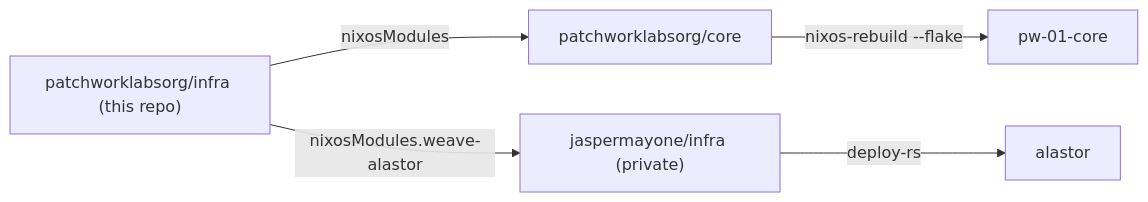
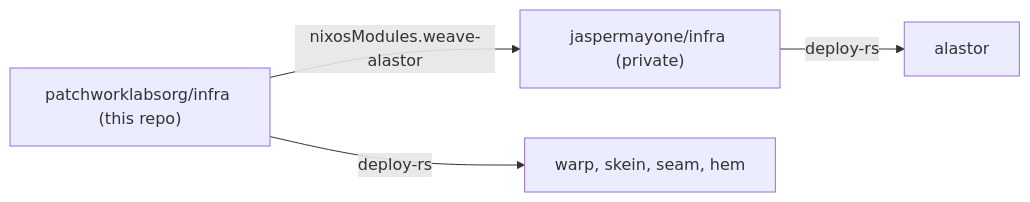
One commit to patchworklabsorg/infra changed the second of 2 diagrams in README.md. Above: the diagram before and after it, drawn with Mermaid. The commit also changed other lines of this file and 15 other files, not shown here.

````diff
--- a/README.md
+++ b/README.md
@@ -18,10 +57,8 @@
 ```mermaid
 flowchart LR
   pinfra["patchworklabsorg/infra (this repo)"]
-  core["patchworklabsorg/core"]
   jinfra["jaspermayone/infra (private)"]
-  pinfra -- "nixosModules" --> core
   pinfra -- "nixosModules.weave-alastor" --> jinfra
   jinfra -- "deploy-rs" --> alastor
-  core -- "nixos-rebuild --flake" --> pw["pw-01-core"]
+  pinfra -- "deploy-rs" --> lab["warp, skein, seam, hem"]
 ```
````
